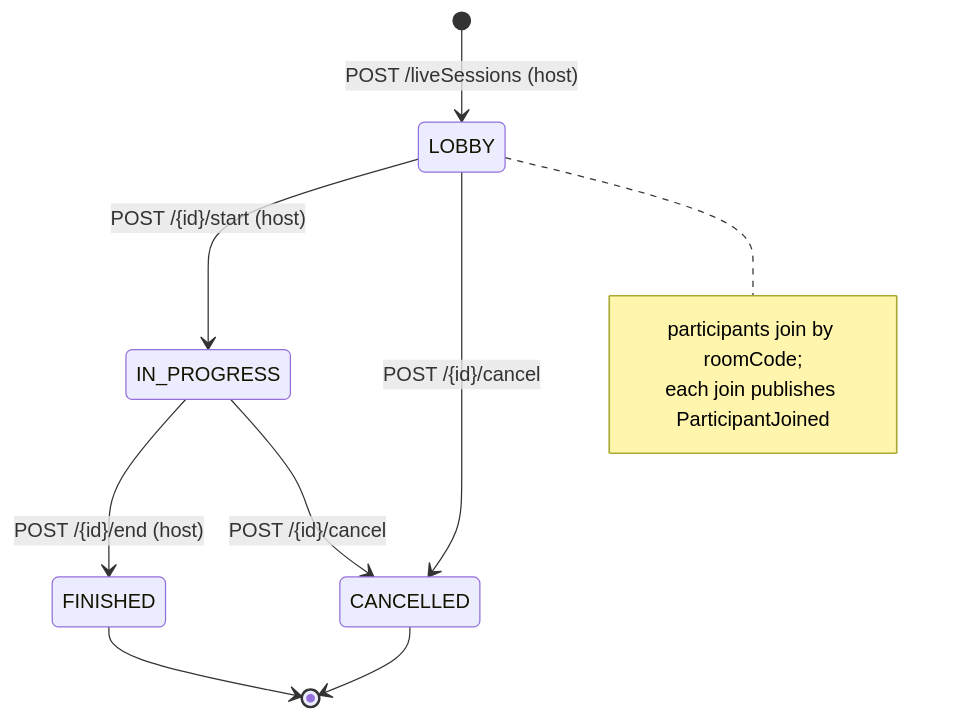
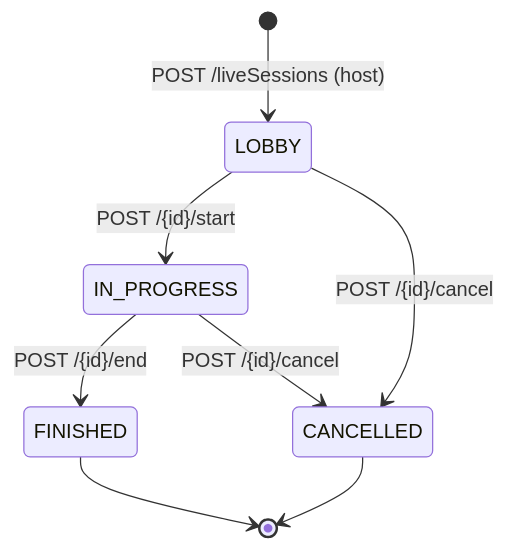
Before and after one commit to Saganaut/ambi: the second of 4 diagrams in z-docs/diagrams/live-session.md, drawn with Mermaid. The commit also changed other lines of this file and 91 other files, not shown here.

````diff
--- a/z-docs/diagrams/live-session.md
+++ b/z-docs/diagrams/live-session.md
@@ -26,14 +61,10 @@
 ```mermaid
 stateDiagram-v2
     [*] --> LOBBY : POST /liveSessions (host)
-    LOBBY --> IN_PROGRESS : POST /{id}/start (host)
+    LOBBY --> IN_PROGRESS : POST /{id}/start
     LOBBY --> CANCELLED : POST /{id}/cancel
-    IN_PROGRESS --> FINISHED : POST /{id}/end (host)
+    IN_PROGRESS --> FINISHED : POST /{id}/end
     IN_PROGRESS --> CANCELLED : POST /{id}/cancel
     FINISHED --> [*]
     CANCELLED --> [*]
-    note right of LOBBY
-        participants join by roomCode;
-        each join publishes ParticipantJoined
-    end note
 ```
````
